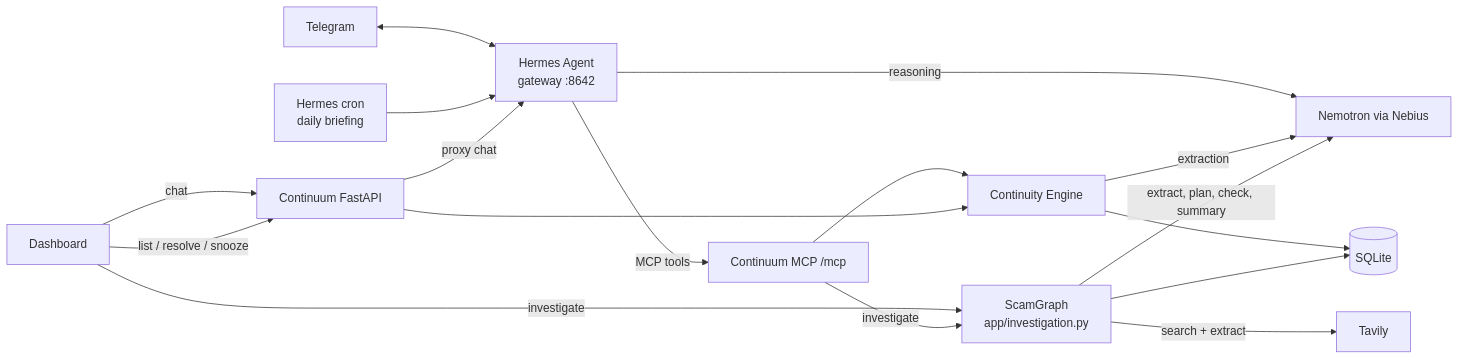
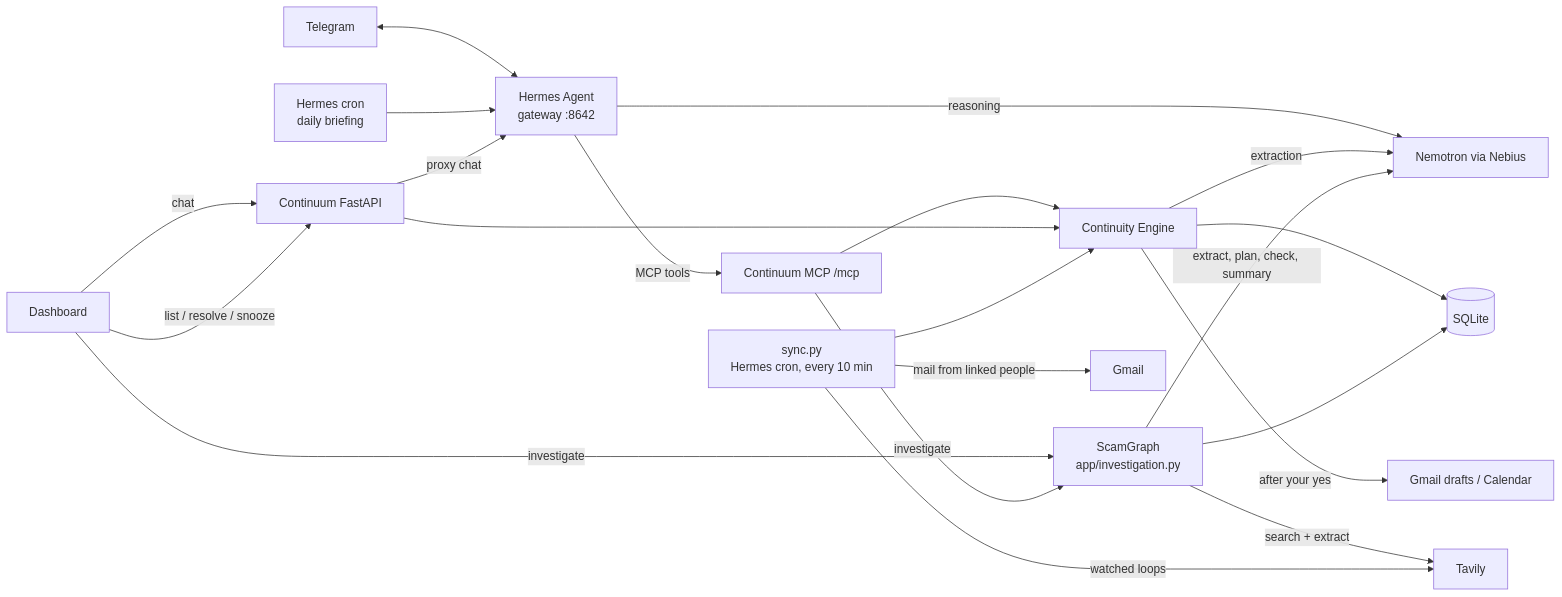
The diagram in README.md (ADAMAMZAR/rickrolled_nebiusxtavily), drawn with Mermaid before and after one commit. The commit also changed other lines of this file and 16 other files, not shown here.

````diff
--- a/README.md
+++ b/README.md
@@ -39,19 +46,23 @@
 ```mermaid
 flowchart LR
     UI[Dashboard] -->|chat| API[Continuum FastAPI]
     UI -->|list / resolve / snooze| API
     TG[Telegram] <--> H
     CRON[Hermes cron<br/>daily briefing] --> H
     API -->|proxy chat| H[Hermes Agent<br/>gateway :8642]
     H -->|reasoning| N[Nemotron via Nebius]
     H -->|MCP tools| MCP[Continuum MCP /mcp]
     MCP --> E[Continuity Engine]
     API --> E
     E -->|extraction| N
     E --> DB[(SQLite)]
     UI -->|investigate| I[ScamGraph<br/>app/investigation.py]
     MCP -->|investigate| I
     I -->|extract, plan, check, summary| N
     I -->|search + extract| T[Tavily]
     I --> DB
+    SYNC[sync.py<br/>Hermes cron, every 10 min] --> E
+    SYNC -->|mail from linked people| GM[Gmail]
+    SYNC -->|watched loops| T
+    E -->|after your yes| GA[Gmail drafts / Calendar]
 ```
````
